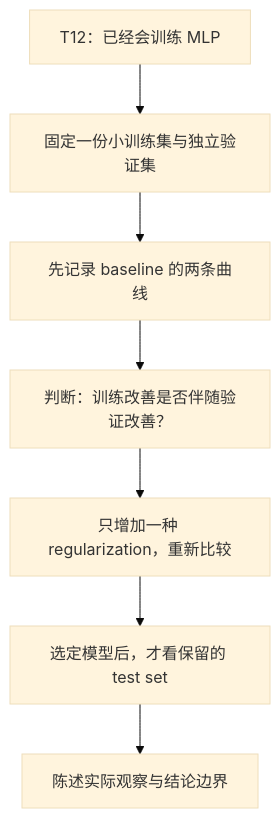
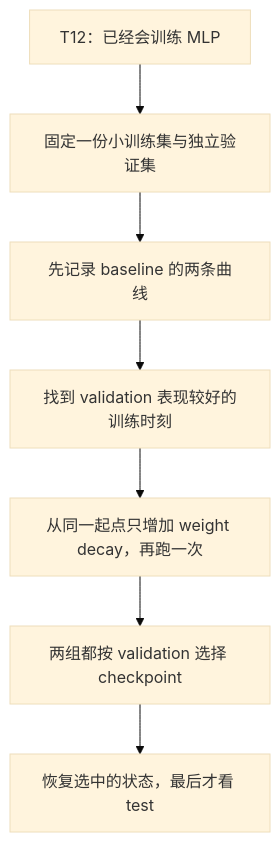
One commit to FxorG00/system-learning-notes changed the first of 3 diagrams in ai_theory/T13/T13.md. Above: the diagram before and after it, drawn with Mermaid (base theme). The commit also changed other lines of this file and 11 other files, not shown here.

````diff
--- a/ai_theory/T13/T13.md
+++ b/ai_theory/T13/T13.md
@@ -57,9 +34,9 @@
 ```mermaid
 graph TD
     A["T12：已经会训练 MLP"] --> B["固定一份小训练集与独立验证集"]
     B --> C["先记录 baseline 的两条曲线"]
-    C --> D["判断：训练改善是否伴随验证改善？"]
-    D --> E["只增加一种 regularization，重新比较"]
-    E --> F["选定模型后，才看保留的 test set"]
-    F --> G["陈述实际观察与结论边界"]
+    C --> D["找到 validation 表现较好的训练时刻"]
+    D --> E["从同一起点只增加 weight decay，再跑一次"]
+    E --> F["两组都按 validation 选择 checkpoint"]
+    F --> G["恢复选中的状态，最后才看 test"]
 ```
````
